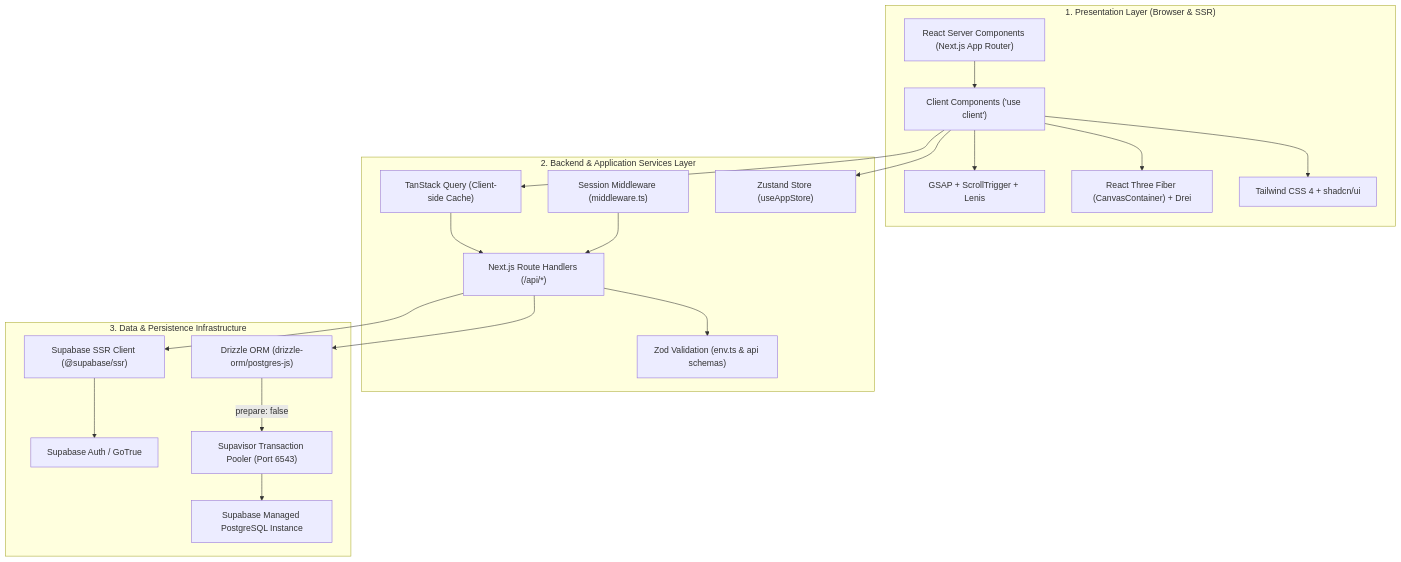
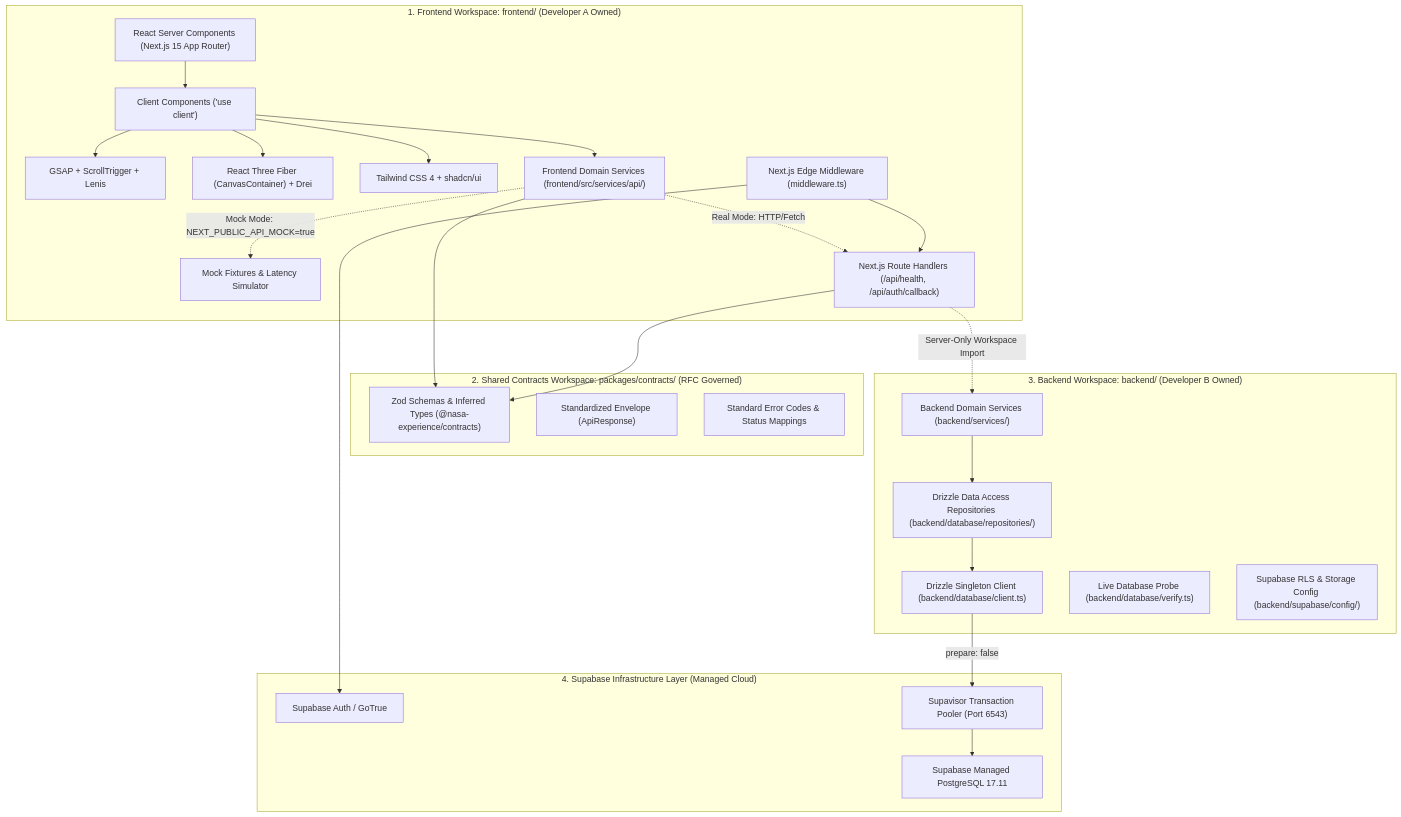
Before and after one commit to RehanIslam09/nasa_space_apps: the diagram in docs/ARCHITECTURE.md, drawn with Mermaid. The commit also changed other lines of this file and 109 other files, not shown here.

Commit message:
refactor: separate frontend and backend architecture

````diff
--- a/docs/ARCHITECTURE.md
+++ b/docs/ARCHITECTURE.md
@@ -3,43 +3,54 @@
 ```mermaid
 flowchart TD
-    subgraph Layer1["1. Presentation Layer (Browser & SSR)"]
-        RSC["React Server Components (Next.js App Router)"]
+    subgraph FrontendApp["1. Frontend Workspace: frontend/ (Developer A Owned)"]
+        RSC["React Server Components (Next.js 15 App Router)"]
         RCC["Client Components ('use client')"]
         GSAPEngine["GSAP + ScrollTrigger + Lenis"]
         ThreeCanvas["React Three Fiber (CanvasContainer) + Drei"]
         TailwindTheme["Tailwind CSS 4 + shadcn/ui"]
+        FrontendServices["Frontend Domain Services (frontend/src/services/api/)"]
+        MockEngine["Mock Fixtures & Latency Simulator"]
+        FrameworkRoutes["Next.js Route Handlers (/api/health, /api/auth/callback)"]
+        EdgeMiddleware["Next.js Edge Middleware (middleware.ts)"]
 
         RSC --> RCC
         RCC --> GSAPEngine
         RCC --> ThreeCanvas
         RCC --> TailwindTheme
+        RCC --> FrontendServices
+        FrontendServices -.->|Mock Mode: NEXT_PUBLIC_API_MOCK=true| MockEngine
+        FrontendServices -.->|Real Mode: HTTP/Fetch| FrameworkRoutes
+        EdgeMiddleware --> FrameworkRoutes
     end
 
-    subgraph Layer2["2. Backend & Application Services Layer"]
-        RouteHandlers["Next.js Route Handlers (/api/*)"]
-        AuthMiddleware["Session Middleware (middleware.ts)"]
-        QueryCache["TanStack Query (Client-side Cache)"]
-        AppState["Zustand Store (useAppStore)"]
-        Validation["Zod Validation (env.ts & api schemas)"]
+    subgraph ContractPkg["2. Shared Contracts Workspace: packages/contracts/ (RFC Governed)"]
+        ContractSchemas["Zod Schemas & Inferred Types (@nasa-experience/contracts)"]
+        ResponseEnvelopes["Standardized Envelope (ApiResponse<T>)"]
+        ErrorCatalog["Standard Error Codes & Status Mappings"]
 
-        RCC --> QueryCache
-        RCC --> AppState
-        QueryCache --> RouteHandlers
-        AuthMiddleware --> RouteHandlers
-        RouteHandlers --> Validation
+        FrontendServices --> ContractSchemas
+        FrameworkRoutes --> ContractSchemas
     end
 
-    subgraph Layer3["3. Data & Persistence Infrastructure"]
+    subgraph BackendPkg["3. Backend Workspace: backend/ (Developer B Owned)"]
+        BackendServices["Backend Domain Services (backend/services/)"]
+        Repositories["Drizzle Data Access Repositories (backend/database/repositories/)"]
+        DrizzleClient["Drizzle Singleton Client (backend/database/client.ts)"]
+        VerifyProbe["Live Database Probe (backend/database/verify.ts)"]
+        SupabaseConfig["Supabase RLS & Storage Config (backend/supabase/config/)"]
+
+        FrameworkRoutes -.->|Server-Only Workspace Import| BackendServices
+        BackendServices --> Repositories
+        Repositories --> DrizzleClient
+    end
+
+    subgraph DataInfra["4. Supabase Infrastructure Layer (Managed Cloud)"]
         SupabaseAuth["Supabase Auth / GoTrue"]
-        SupabaseSSR["Supabase SSR Client (@supabase/ssr)"]
-        Drizzle["Drizzle ORM (drizzle-orm/postgres-js)"]
         PgPooler["Supavisor Transaction Pooler (Port 6543)"]
-        PostgresDB["Supabase Managed PostgreSQL Instance"]
+        PostgresDB["Supabase Managed PostgreSQL 17.11"]
 
-        RouteHandlers --> SupabaseSSR
-        SupabaseSSR --> SupabaseAuth
-        RouteHandlers --> Drizzle
-        Drizzle -->|prepare: false| PgPooler
+        EdgeMiddleware --> SupabaseAuth
+        DrizzleClient -->|prepare: false| PgPooler
         PgPooler --> PostgresDB
     end
 ```
````
